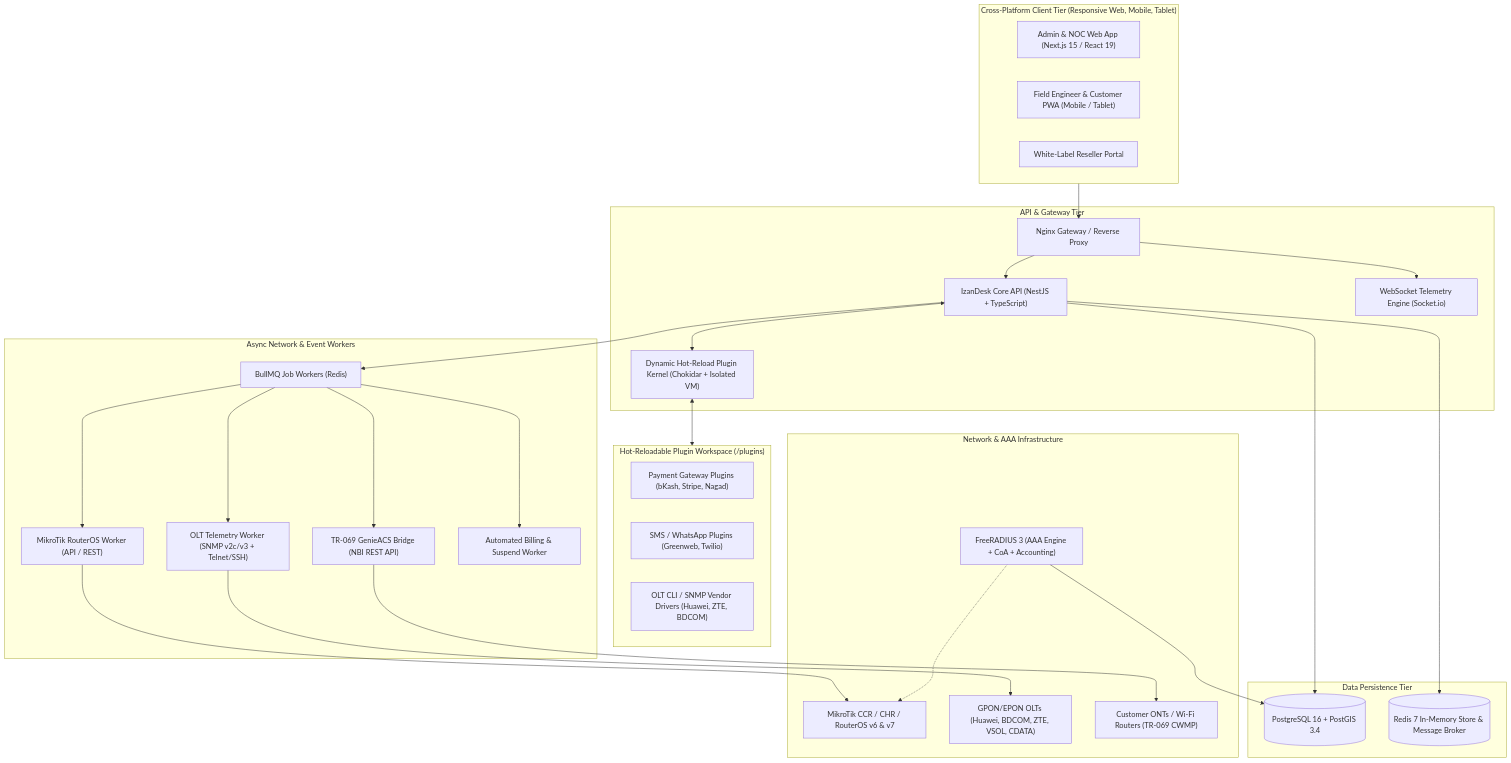
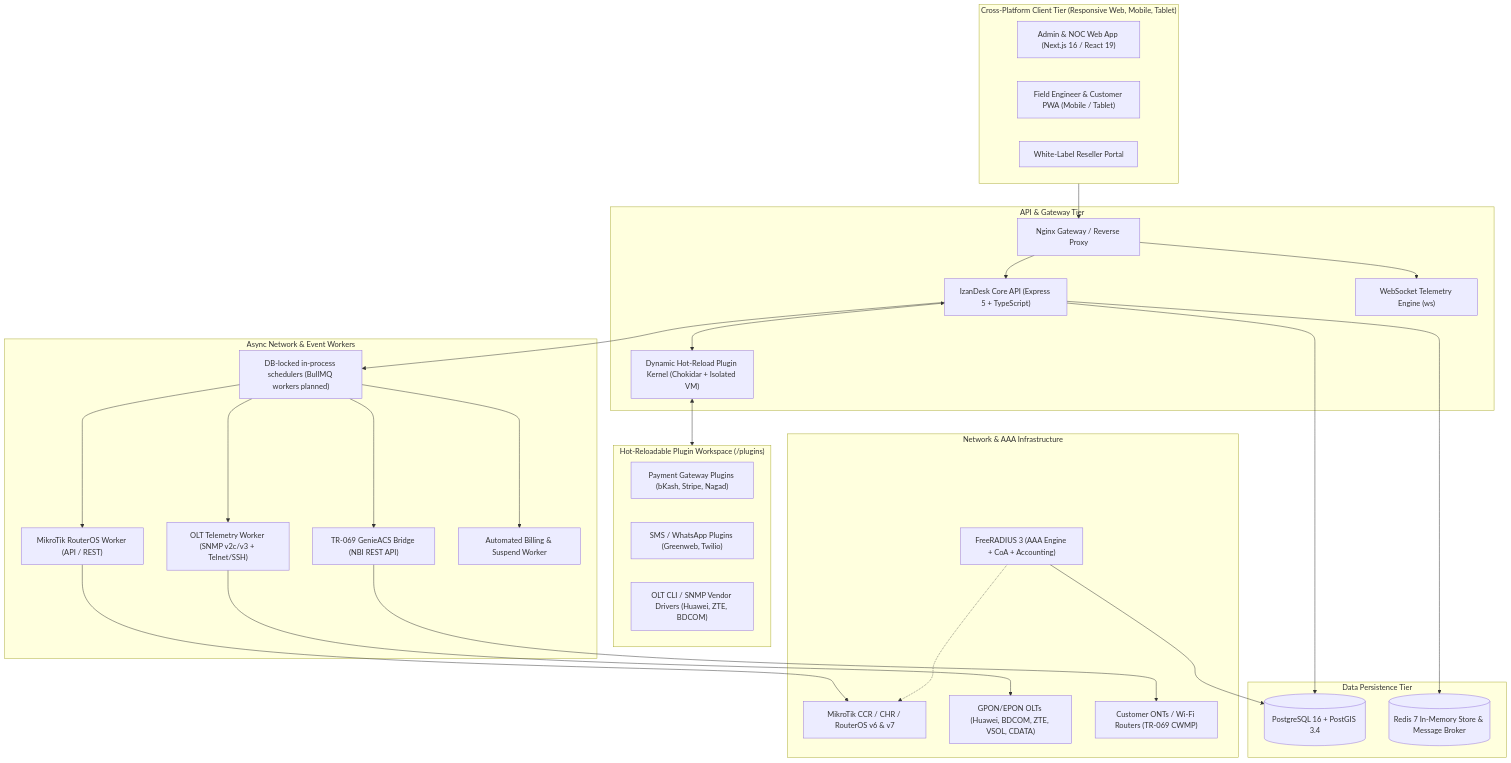
Before and after one commit to sarifulshikder/izandesk: the first of 3 diagrams in docs/izandesk_software_requirements_specification.md, drawn with Mermaid. The commit also changed other lines of this file and 16 other files, not shown here.

````diff
--- a/docs/izandesk_software_requirements_specification.md
+++ b/docs/izandesk_software_requirements_specification.md
@@ -29,59 +29,59 @@
 ```mermaid
 graph TB
     subgraph ClientTier["Cross-Platform Client Tier (Responsive Web, Mobile, Tablet)"]
-        AdminWeb["Admin & NOC Web App (Next.js 15 / React 19)"]
+        AdminWeb["Admin & NOC Web App (Next.js 16 / React 19)"]
         MobilePWA["Field Engineer & Customer PWA (Mobile / Tablet)"]
         ResellerWeb["White-Label Reseller Portal"]
     end
 
     subgraph APITier["API & Gateway Tier"]
         NginxProxy["Nginx Gateway / Reverse Proxy"]
-        NestAPI["IzanDesk Core API (NestJS + TypeScript)"]
-        WebSocketEngine["WebSocket Telemetry Engine (Socket.io)"]
+        NestAPI["IzanDesk Core API (Express 5 + TypeScript)"]
+        WebSocketEngine["WebSocket Telemetry Engine (ws)"]
         PluginKernel["Dynamic Hot-Reload Plugin Kernel (Chokidar + Isolated VM)"]
     end
 
     subgraph DynamicPlugins["Hot-Reloadable Plugin Workspace (/plugins)"]
         PaymentDrivers["Payment Gateway Plugins (bKash, Stripe, Nagad)"]
         SMSDrivers["SMS / WhatsApp Plugins (Greenweb, Twilio)"]
         OLTDrivers["OLT CLI / SNMP Vendor Drivers (Huawei, ZTE, BDCOM)"]
     end
 
     subgraph WorkerTier["Async Network & Event Workers"]
-        BullMQWorkers["BullMQ Job Workers (Redis)"]
+        BullMQWorkers["DB-locked in-process schedulers (BullMQ workers planned)"]
         MikrotikEngine["MikroTik RouterOS Worker (API / REST)"]
         OLTEngine["OLT Telemetry Worker (SNMP v2c/v3 + Telnet/SSH)"]
         ACSBridge["TR-069 GenieACS Bridge (NBI REST API)"]
         BillingWorker["Automated Billing & Suspend Worker"]
     end
 
     subgraph HardwareTier["Network & AAA Infrastructure"]
         FreeRADIUS["FreeRADIUS 3 (AAA Engine + CoA + Accounting)"]
         MikroTikRouters["MikroTik CCR / CHR / RouterOS v6 & v7"]
         OLTHardware["GPON/EPON OLTs (Huawei, BDCOM, ZTE, VSOL, CDATA)"]
         SubscriberONT["Customer ONTs / Wi-Fi Routers (TR-069 CWMP)"]
     end
 
     subgraph DataTier["Data Persistence Tier"]
         Postgres[(PostgreSQL 16 + PostGIS 3.4)]
         RedisCache[(Redis 7 In-Memory Store & Message Broker)]
     end
 
     ClientTier --> NginxProxy
     NginxProxy --> NestAPI
     NginxProxy --> WebSocketEngine
     NestAPI <--> PluginKernel
     PluginKernel <--> DynamicPlugins
     NestAPI --> Postgres
     NestAPI --> RedisCache
     NestAPI --> BullMQWorkers
     BullMQWorkers --> MikrotikEngine
     BullMQWorkers --> OLTEngine
     BullMQWorkers --> ACSBridge
     BullMQWorkers --> BillingWorker
     FreeRADIUS --> Postgres
     MikrotikEngine --> MikroTikRouters
     OLTEngine --> OLTHardware
     ACSBridge --> SubscriberONT
     FreeRADIUS -.-> MikroTikRouters
 ```
````
